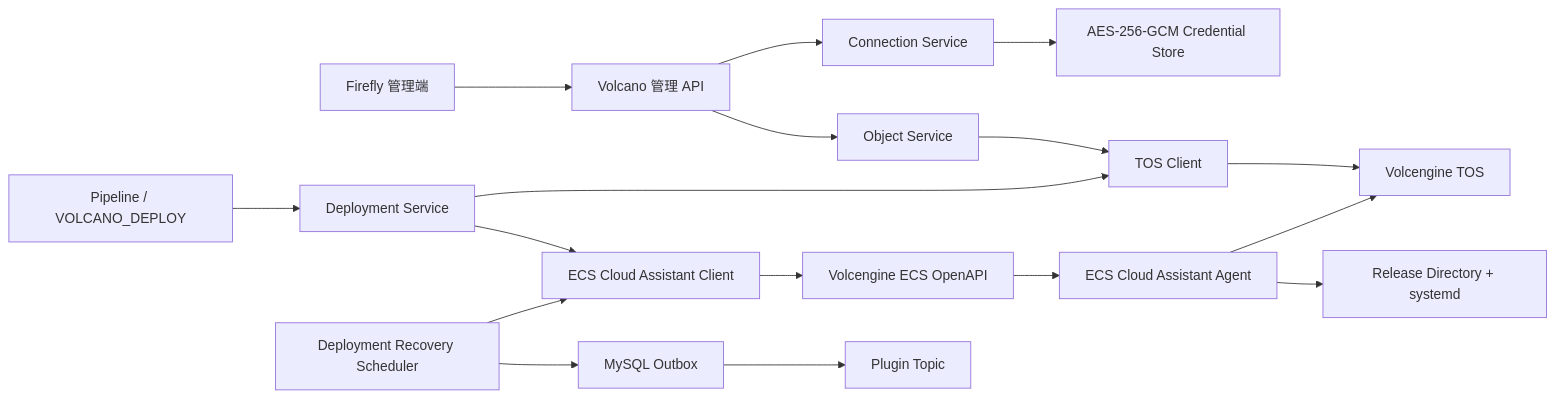
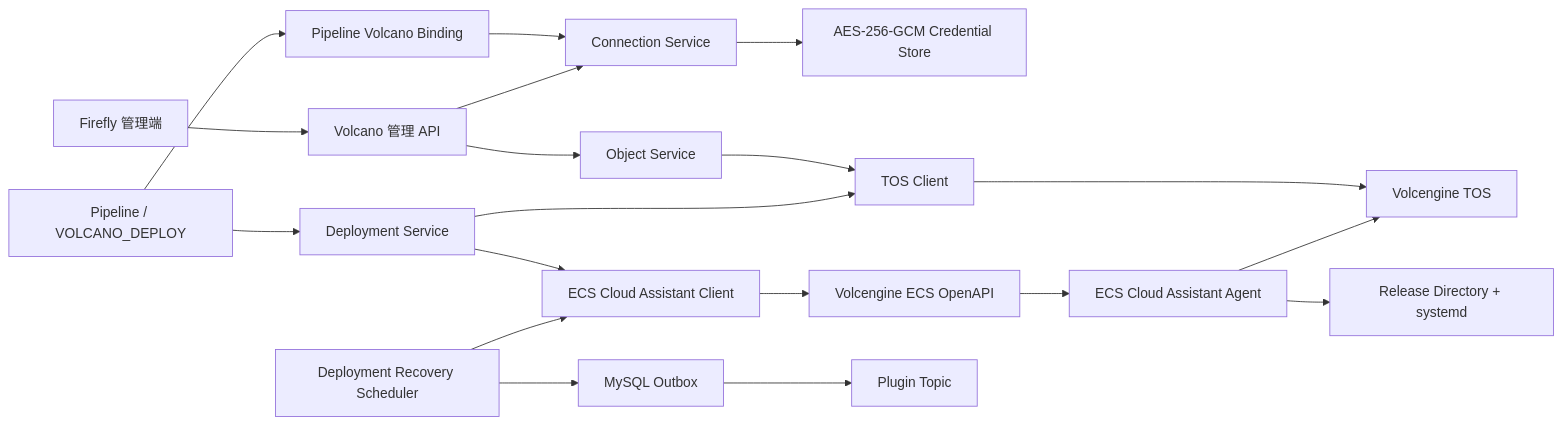
The first of 2 diagrams in docs/firefly-volcano-tech-design.md (Zoujay/firefly), drawn with Mermaid before and after one commit. The commit also changed other lines of this file, not shown here.

Commit message:
docs: refine Volcano credential and deployment selection

````diff
--- a/docs/firefly-volcano-tech-design.md
+++ b/docs/firefly-volcano-tech-design.md
@@ -99,19 +127,21 @@
 ```mermaid
 flowchart LR
     UI["Firefly 管理端"] --> API["Volcano 管理 API"]
     PIPE["Pipeline / VOLCANO_DEPLOY"] --> DS["Deployment Service"]
+    PIPE --> PBIND["Pipeline Volcano Binding"]
+    PBIND --> CS
     API --> CS["Connection Service"]
     API --> OS["Object Service"]
     CS --> VAULT["AES-256-GCM Credential Store"]
     OS --> TOSC["TOS Client"]
     DS --> TOSC
     DS --> ECSC["ECS Cloud Assistant Client"]
     TOSC --> TOS["Volcengine TOS"]
     ECSC --> ECSAPI["Volcengine ECS OpenAPI"]
     ECSAPI --> AGENT["ECS Cloud Assistant Agent"]
     AGENT --> TOS
     AGENT --> HOST["Release Directory + systemd"]
     REC["Deployment Recovery Scheduler"] --> ECSC
     REC --> OUTBOX["MySQL Outbox"]
     OUTBOX --> KAFKA["Plugin Topic"]
 ```
````
